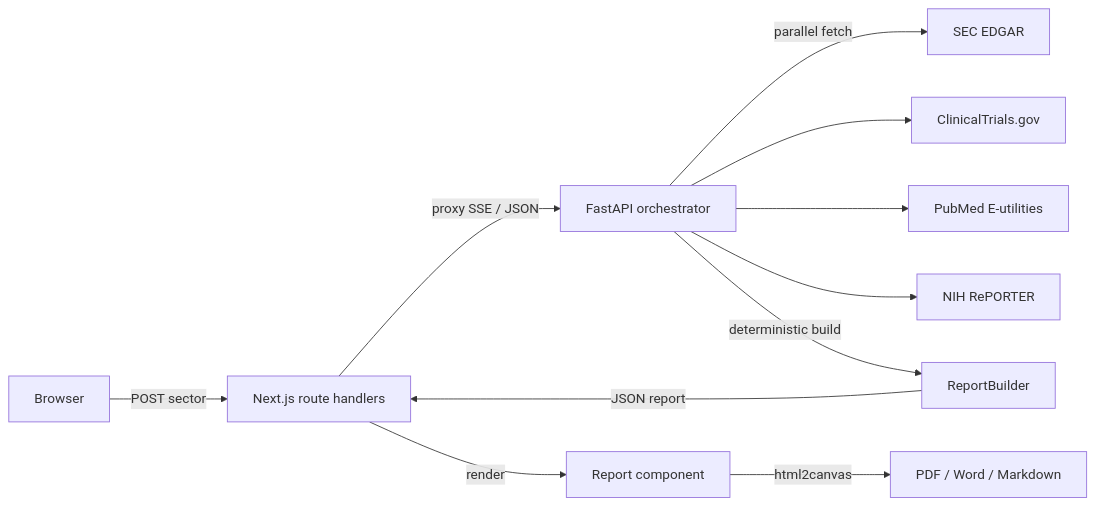
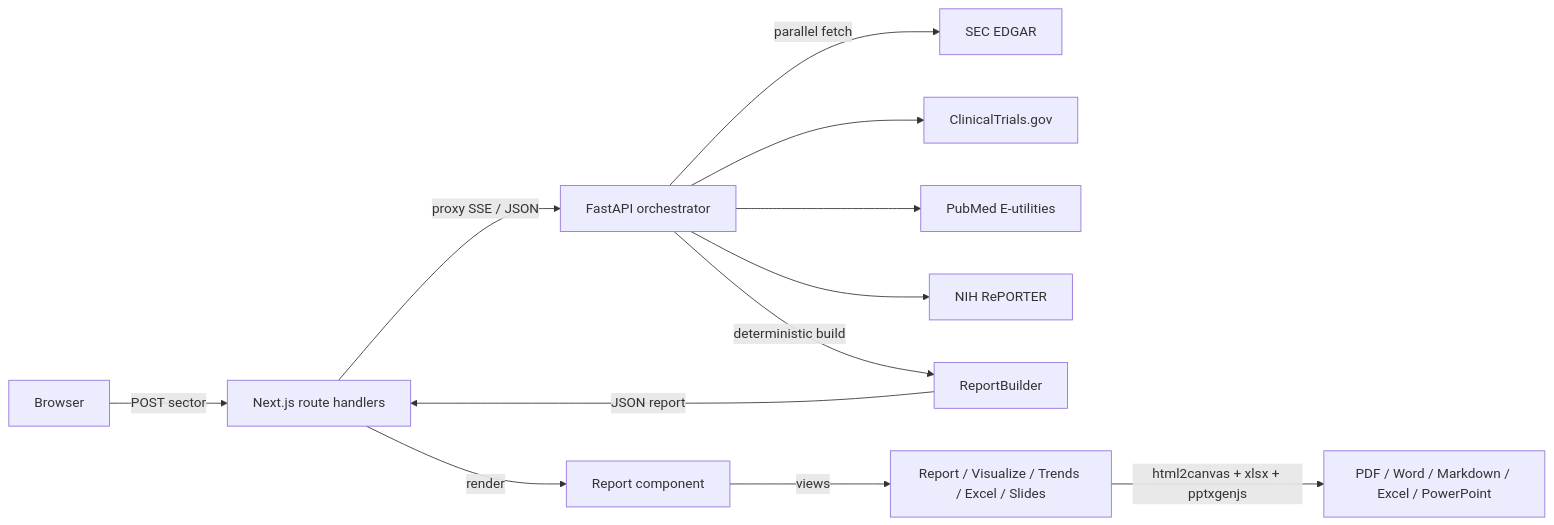
One commit to AidanColvin/research-graph changed the diagram in README.md. Above: the diagram before and after it, drawn with Mermaid. The commit also changed other lines of this file, not shown here.

First line of the commit message:
Document workspace views, new exports, and mobile support in README

````diff
--- a/README.md
+++ b/README.md
@@ -91,13 +112,14 @@
 ```mermaid
 flowchart LR
     U[Browser] -->|POST sector| NX[Next.js route handlers]
     NX -->|proxy SSE / JSON| API[FastAPI orchestrator]
     API -->|parallel fetch| SEC[SEC EDGAR]
     API --> CT[ClinicalTrials.gov]
     API --> PM[PubMed E-utilities]
     API --> NIH[NIH RePORTER]
     API -->|deterministic build| RB[ReportBuilder]
     RB -->|JSON report| NX
     NX -->|render| RPT[Report component]
-    RPT -->|html2canvas| EX[PDF / Word / Markdown]
+    RPT -->|views| VW[Report / Visualize / Trends / Excel / Slides]
+    VW -->|html2canvas + xlsx + pptxgenjs| EX[PDF / Word / Markdown / Excel / PowerPoint]
 ```
````
